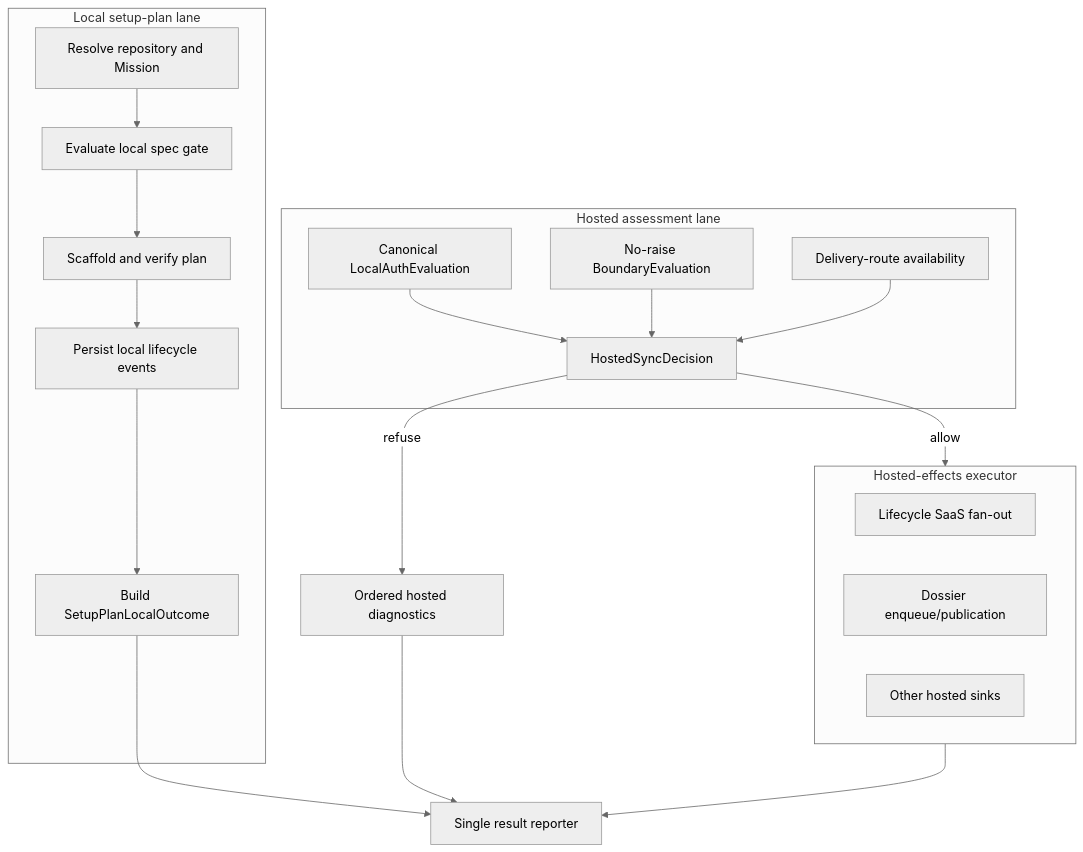
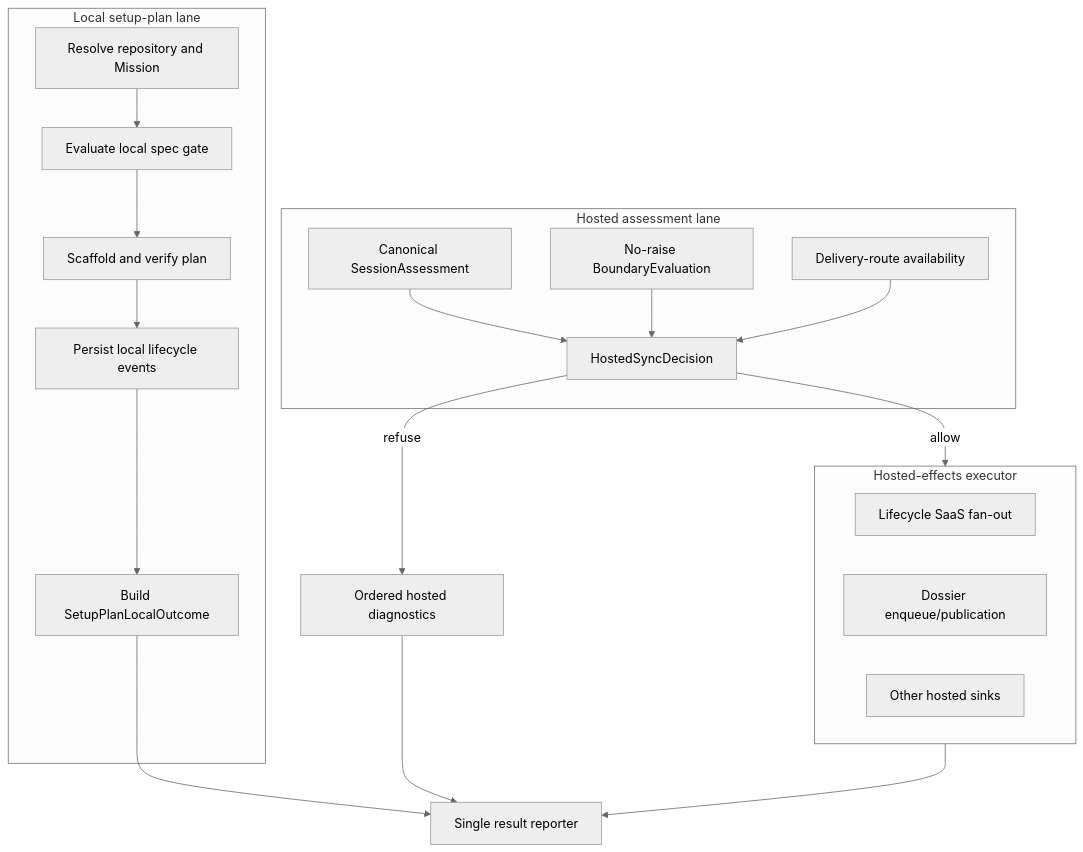
The diagram in kitty-specs/setup-plan-auth-diagnostics-nonfatal-01M0QEAD/plan.md (Priivacy-ai/spec-kitty), drawn with Mermaid (neutral theme) before and after one commit. The commit also changed other lines of this file and 6 other files, not shown here.

Commit message:
Reframe setup-plan auth as session assessment

````diff
--- a/kitty-specs/setup-plan-auth-diagnostics-nonfatal-01M0QEAD/plan.md
+++ b/kitty-specs/setup-plan-auth-diagnostics-nonfatal-01M0QEAD/plan.md
@@ -78,33 +80,33 @@
 ```mermaid
 flowchart TB
     subgraph LocalLane[Local setup-plan lane]
         Resolve[Resolve repository and Mission]
         SpecGate[Evaluate local spec gate]
         PlanWork[Scaffold and verify plan]
         LocalEvents[Persist local lifecycle events]
         LocalOutcome[Build SetupPlanLocalOutcome]
         Resolve --> SpecGate --> PlanWork --> LocalEvents --> LocalOutcome
     end
 
     subgraph AssessmentLane[Hosted assessment lane]
-        Auth[Canonical LocalAuthEvaluation]
+        Auth[Canonical SessionAssessment]
         Boundary[No-raise BoundaryEvaluation]
         Route[Delivery-route availability]
         Decision[HostedSyncDecision]
         Auth --> Decision
         Boundary --> Decision
         Route --> Decision
     end
 
     subgraph Effects[Hosted-effects executor]
         LifecycleFanout[Lifecycle SaaS fan-out]
         Dossier[Dossier enqueue/publication]
         Other[Other hosted sinks]
     end
 
     Decision -->|allow| Effects
     Decision -->|refuse| Diagnostics[Ordered hosted diagnostics]
     LocalOutcome --> Reporter[Single result reporter]
     Diagnostics --> Reporter
     Effects --> Reporter
 ```
````
